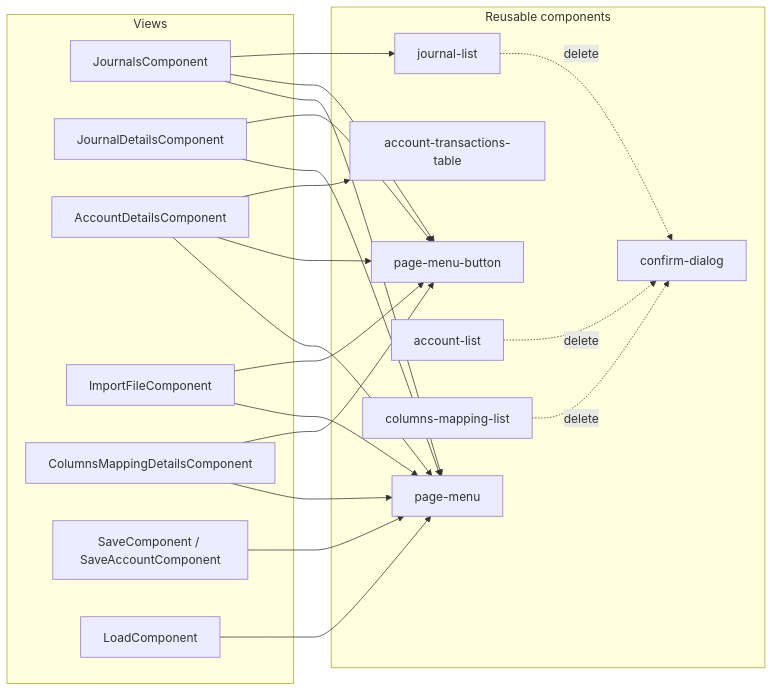
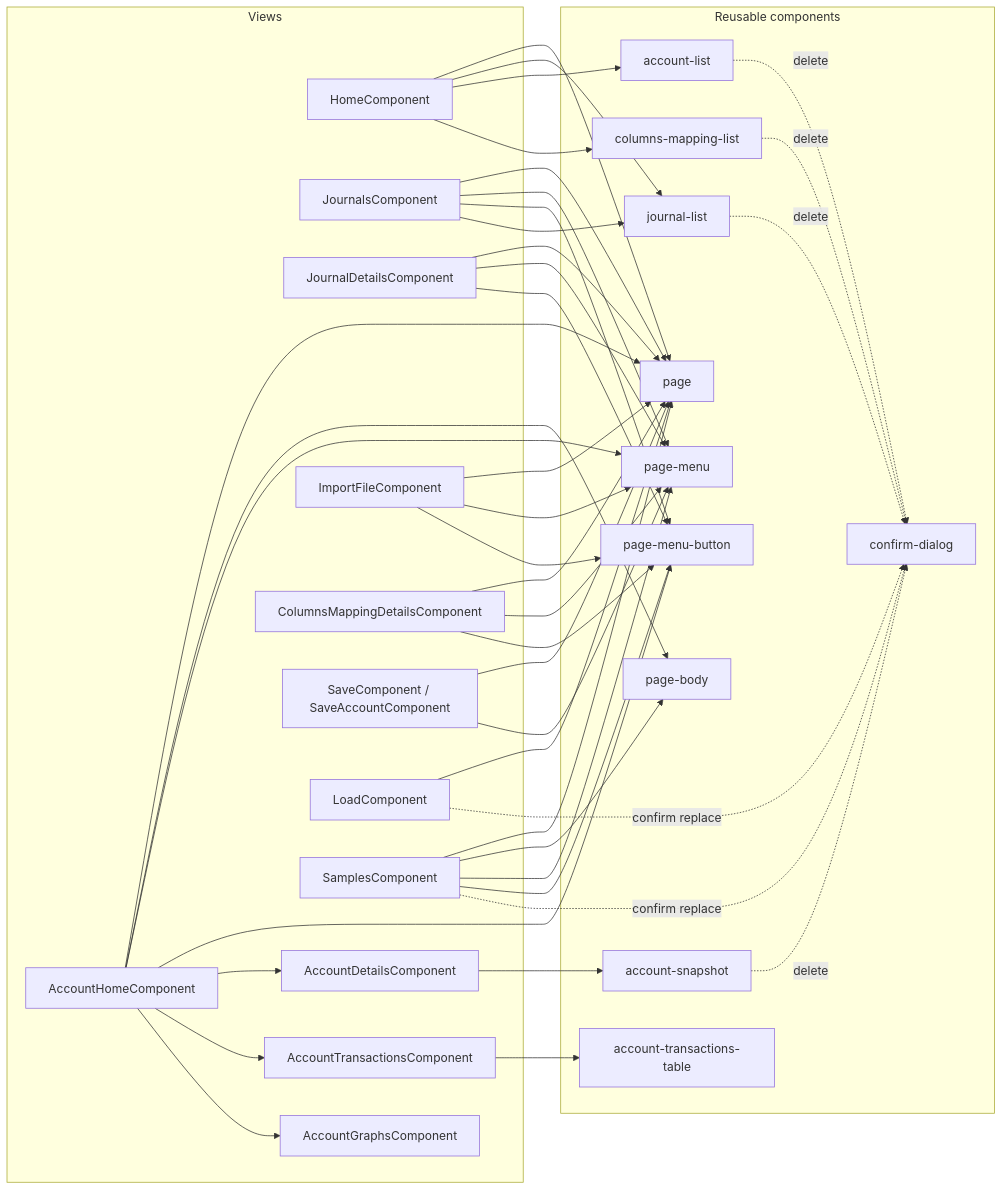
Before and after one commit to cobreti/Budgan: the third of 11 diagrams in Doc/Architecture.md, drawn with Mermaid. The commit also changed other lines of this file and 24 other files, not shown here.

````diff
--- a/Doc/Architecture.md
+++ b/Doc/Architecture.md
@@ -128,40 +143,70 @@
 ```mermaid
 flowchart LR
     subgraph Views
+        Home[HomeComponent]
         Journals[JournalsComponent]
         JournalDetails[JournalDetailsComponent]
-        Accounts[AccountDetailsComponent]
+        AccountHome[AccountHomeComponent]
+        AccDetails[AccountDetailsComponent]
+        AccTx[AccountTransactionsComponent]
+        AccGraphs[AccountGraphsComponent]
         Import[ImportFileComponent]
         Mapping[ColumnsMappingDetailsComponent]
         SaveV[SaveComponent / SaveAccountComponent]
         LoadV[LoadComponent]
+        SamplesV[SamplesComponent]
     end
 
     subgraph Reusable["Reusable components"]
+        Page[page]
+        PageBody[page-body]
         PageMenu[page-menu]
         PageMenuBtn[page-menu-button]
         JournalList[journal-list]
         AccountList[account-list]
         MappingList[columns-mapping-list]
         TxTable[account-transactions-table]
+        Snapshot[account-snapshot]
         Confirm[confirm-dialog]
     end
 
+    Home --> Page
+    Home --> JournalList
+    Home --> AccountList
+    Home --> MappingList
+    Journals --> Page
     Journals --> PageMenu
     Journals --> PageMenuBtn
     Journals --> JournalList
+    JournalDetails --> Page
     JournalDetails --> PageMenu
     JournalDetails --> PageMenuBtn
-    Accounts --> PageMenu
-    Accounts --> PageMenuBtn
-    Accounts --> TxTable
+    AccountHome --> Page
+    AccountHome --> PageBody
+    AccountHome --> PageMenu
+    AccountHome --> PageMenuBtn
+    AccountHome --> AccDetails
+    AccountHome --> AccTx
+    AccountHome --> AccGraphs
+    AccDetails --> Snapshot
+    AccTx --> TxTable
+    Import --> Page
     Import --> PageMenu
     Import --> PageMenuBtn
+    Mapping --> Page
     Mapping --> PageMenu
     Mapping --> PageMenuBtn
+    SaveV --> Page
     SaveV --> PageMenu
-    LoadV --> PageMenu
+    LoadV --> Page
+    SamplesV --> Page
+    SamplesV --> PageBody
+    SamplesV --> PageMenu
+    SamplesV --> PageMenuBtn
     JournalList -. delete .-> Confirm
     AccountList -. delete .-> Confirm
     MappingList -. delete .-> Confirm
+    Snapshot -. delete .-> Confirm
+    LoadV -. confirm replace .-> Confirm
+    SamplesV -. confirm replace .-> Confirm
 ```
````
